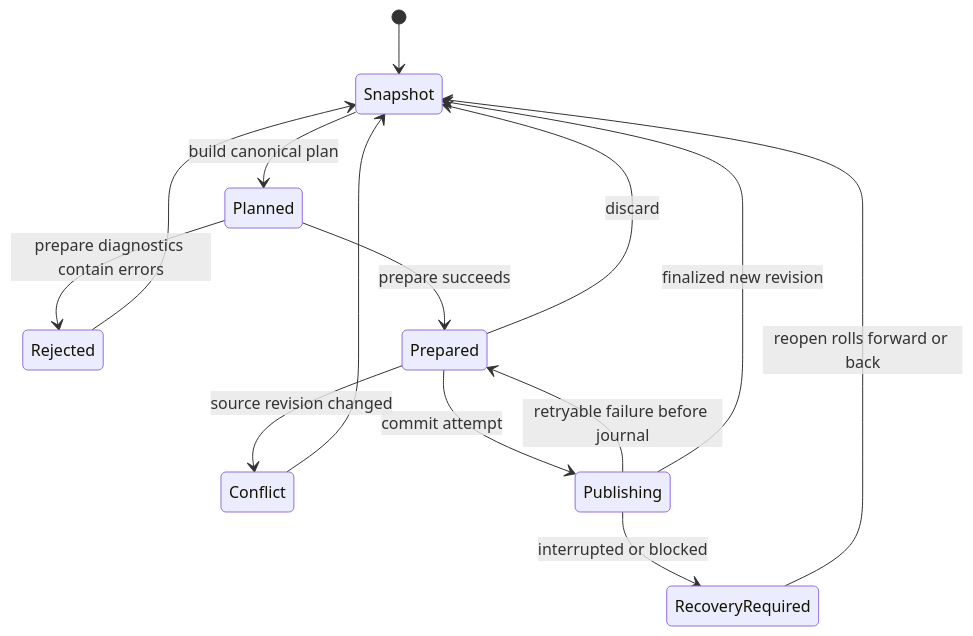
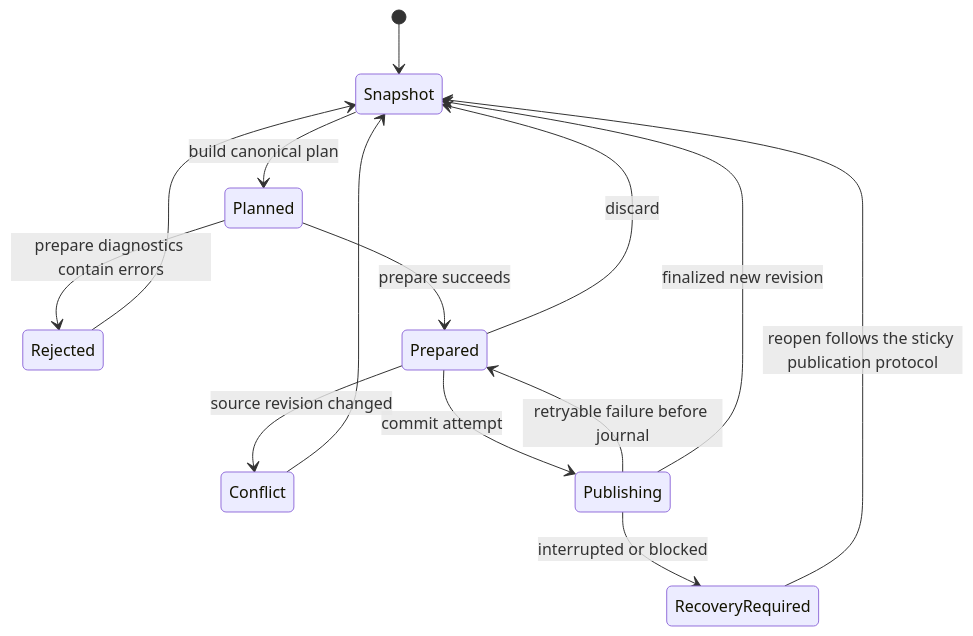
Before and after one commit to Latias94/unity-asset: the third of 6 diagrams in docs/plans/2026-07-15-001-refactor-unity-asset-deep-modules-plan.md, drawn with Mermaid. The commit also changed other lines of this file and 7 other files, not shown here.

````diff
--- a/docs/plans/2026-07-15-001-refactor-unity-asset-deep-modules-plan.md
+++ b/docs/plans/2026-07-15-001-refactor-unity-asset-deep-modules-plan.md
@@ -244,16 +244,16 @@
 ```mermaid
 stateDiagram-v2
   [*] --> Snapshot
   Snapshot --> Planned: build canonical plan
   Planned --> Rejected: prepare diagnostics contain errors
   Planned --> Prepared: prepare succeeds
   Prepared --> Snapshot: discard
   Prepared --> Conflict: source revision changed
   Prepared --> Publishing: commit attempt
   Publishing --> Prepared: retryable failure before journal
   Publishing --> RecoveryRequired: interrupted or blocked
   Publishing --> Snapshot: finalized new revision
-  RecoveryRequired --> Snapshot: reopen rolls forward or back
+  RecoveryRequired --> Snapshot: reopen follows the sticky publication protocol
   Rejected --> Snapshot
   Conflict --> Snapshot
 ```
````
